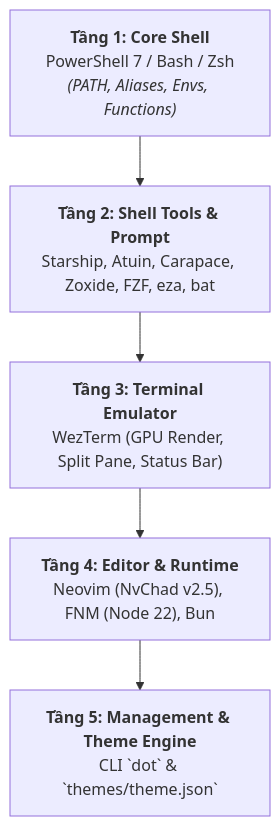
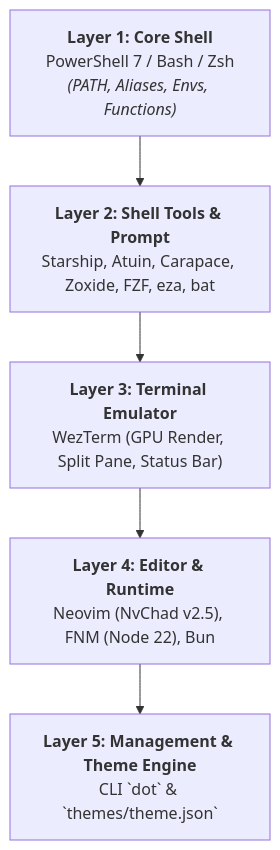
Before and after one commit to Kachitaro/dotfiles: the diagram in README.md, drawn with Mermaid. The commit also changed other lines of this file and 2 other files, not shown here.

````diff
--- a/README.md
+++ b/README.md
@@ -33,13 +40,13 @@
 ```mermaid
 graph TD
-    L1["<b>Tầng 1: Core Shell</b><br/>PowerShell 7 / Bash / Zsh<br/><i>(PATH, Aliases, Envs, Functions)</i>"]
-    L2["<b>Tầng 2: Shell Tools & Prompt</b><br/>Starship, Atuin, Carapace, Zoxide, FZF, eza, bat"]
-    L3["<b>Tầng 3: Terminal Emulator</b><br/>WezTerm (GPU Render, Split Pane, Status Bar)"]
-    L4["<b>Tầng 4: Editor & Runtime</b><br/>Neovim (NvChad v2.5), FNM (Node 22), Bun"]
-    L5["<b>Tầng 5: Management & Theme Engine</b><br/>CLI `dot` & `themes/theme.json`"]
+    L1["<b>Layer 1: Core Shell</b><br/>PowerShell 7 / Bash / Zsh<br/><i>(PATH, Aliases, Envs, Functions)</i>"]
+    L2["<b>Layer 2: Shell Tools & Prompt</b><br/>Starship, Atuin, Carapace, Zoxide, FZF, eza, bat"]
+    L3["<b>Layer 3: Terminal Emulator</b><br/>WezTerm (GPU Render, Split Pane, Status Bar)"]
+    L4["<b>Layer 4: Editor & Runtime</b><br/>Neovim (NvChad v2.5), FNM (Node 22), Bun"]
+    L5["<b>Layer 5: Management & Theme Engine</b><br/>CLI `dot` & `themes/theme.json`"]
 
     L1 --> L2
     L2 --> L3
     L3 --> L4
     L4 --> L5
 ```
````
